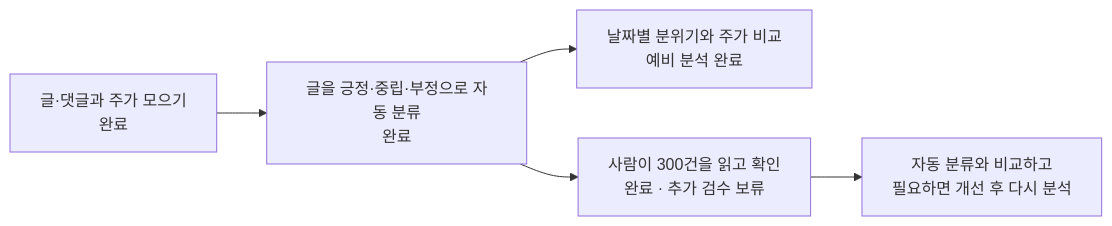
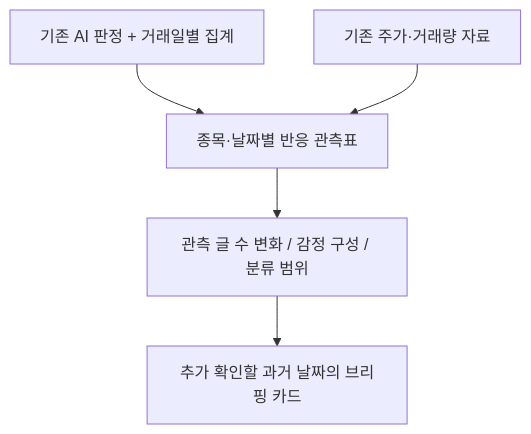
One commit to devCollegit/social_media_2026 changed the diagram in 김정기/data_collection/README.md. Above: the diagram before and after it, drawn with Mermaid. The commit also changed other lines of this file and 9 other files, not shown here.

````diff
--- a/김정기/data_collection/README.md
+++ b/김정기/data_collection/README.md
@@ -13,7 +11,7 @@
 ```mermaid
-flowchart LR
-    A["글·댓글과 주가 모으기<br/>완료"] --> B["글을 긍정·중립·부정으로 자동 분류<br/>완료"]
-    B --> C["날짜별 분위기와 주가 비교<br/>예비 분석 완료"]
-    B --> D["사람이 300건을 읽고 확인<br/>완료 · 추가 검수 보류"]
-    D --> E["자동 분류와 비교하고<br/>필요하면 개선 후 다시 분석"]
+flowchart TD
+ A["기존 AI 판정 + 거래일별 집계"] --> B["종목·날짜별 반응 관측표"]
+ C["기존 주가·거래량 자료"] --> B
+ B --> D["관측 글 수 변화 / 감정 구성 / 분류 범위"]
+ D --> E["추가 확인할 과거 날짜의 브리핑 카드"]
 ```
````
